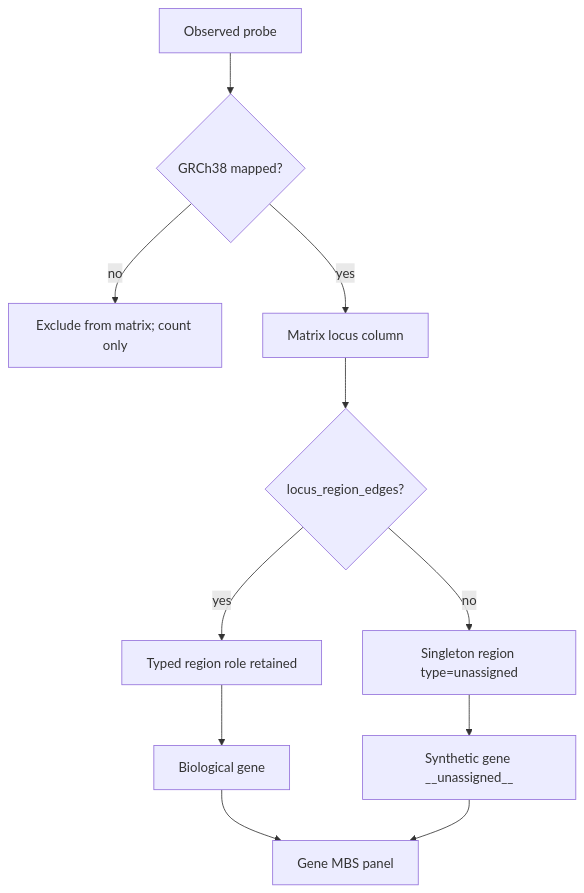
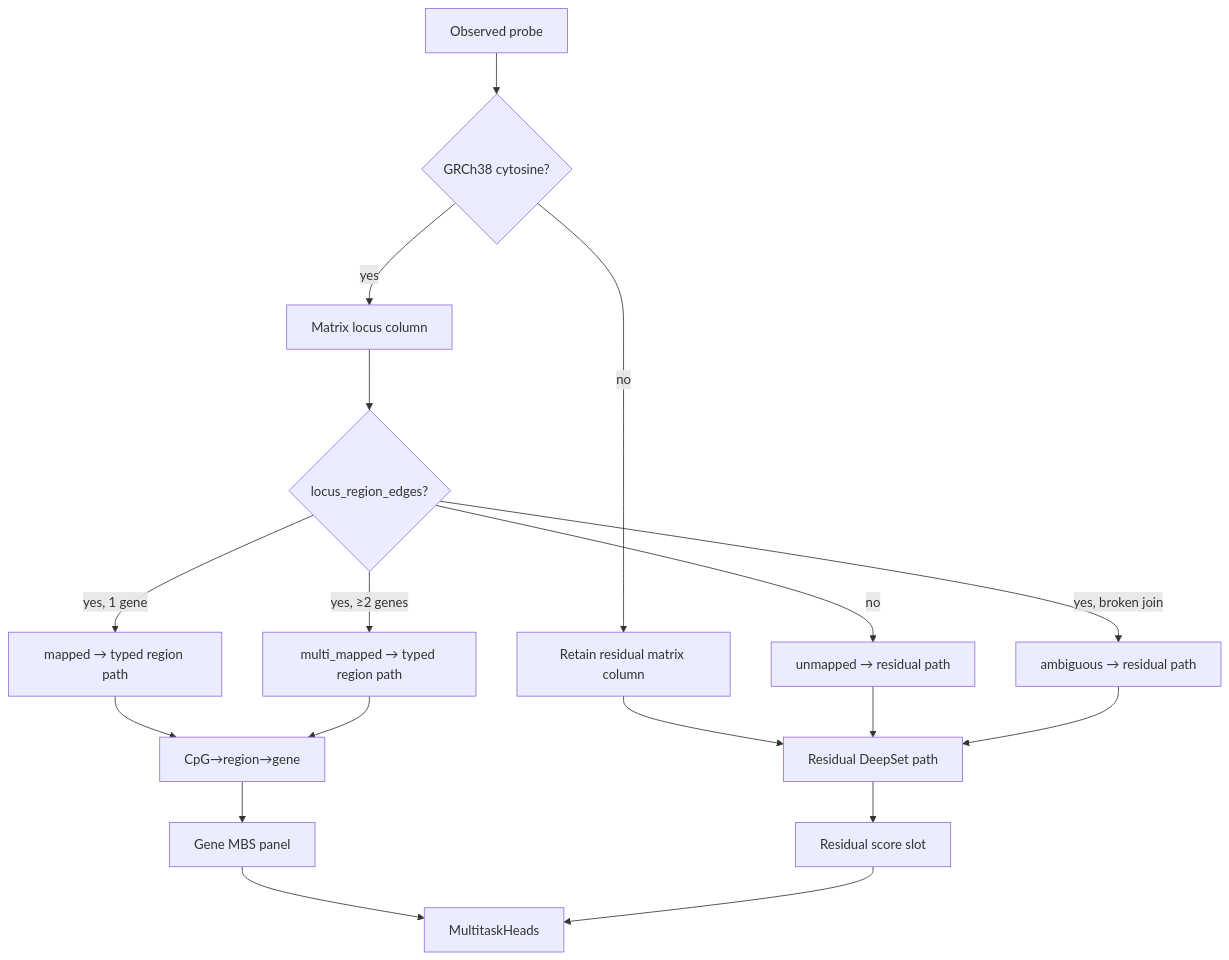
One commit to mityasmirnov/methyl-burden-score changed the first of 2 diagrams in docs/plans/milestone-6-hierarchical-region-model.md. Above: the diagram before and after it, drawn with Mermaid. The commit also changed other lines of this file and 28 other files, not shown here.

First line of the commit message:
feat(6): retain unmapped loci on a residual hierarchical path

````diff
--- a/docs/plans/milestone-6-hierarchical-region-model.md
+++ b/docs/plans/milestone-6-hierarchical-region-model.md
@@ -46,13 +53,20 @@
 ```mermaid
 flowchart TD
-  Probe["Observed probe"] --> Mapped{"GRCh38 mapped?"}
-  Mapped -->|no| Drop["Exclude from matrix; count only"]
-  Mapped -->|yes| Locus["Matrix locus column"]
+  Probe["Observed probe"] --> Illumina{"GRCh38 cytosine?"}
+  Illumina -->|no| ResidualCol["Retain residual matrix column"]
+  Illumina -->|yes| Locus["Matrix locus column"]
   Locus --> Edge{"locus_region_edges?"}
-  Edge -->|yes| Typed["Typed region role retained"]
-  Typed --> Gene["Biological gene"]
-  Edge -->|no| Single["Singleton region type=unassigned"]
-  Single --> Orphan["Synthetic gene __unassigned__"]
-  Gene --> MBS["Gene MBS panel"]
-  Orphan --> MBS
+  Edge -->|yes, 1 gene| Mapped["mapped → typed region path"]
+  Edge -->|yes, ≥2 genes| Multi["multi_mapped → typed region path"]
+  Edge -->|yes, broken join| Amb["ambiguous → residual path"]
+  Edge -->|no| Unmap["unmapped → residual path"]
+  ResidualCol --> ResidualPath["Residual DeepSet path"]
+  Unmap --> ResidualPath
+  Amb --> ResidualPath
+  Mapped --> Hier["CpG→region→gene"]
+  Multi --> Hier
+  Hier --> GeneMBS["Gene MBS panel"]
+  ResidualPath --> ResScore["Residual score slot"]
+  GeneMBS --> Heads["MultitaskHeads"]
+  ResScore --> Heads
 ```
````
